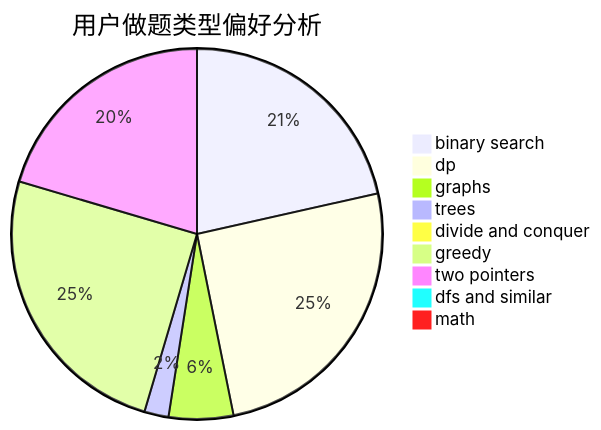
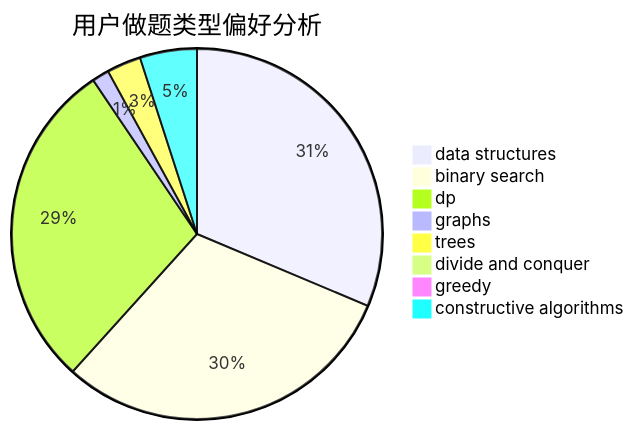
One commit to sherpahu/cfrs.github.io changed the second of 3 diagrams in docs/user/u507.md. Above: the diagram before and after it, drawn with Mermaid. The commit also changed other lines of this file and 2775 other files, not shown here.

````diff
--- a/docs/user/u507.md
+++ b/docs/user/u507.md
@@ -23,12 +23,11 @@
 ```mermaid
 pie title 用户做题类型偏好分析
+    "data structures" :  63
     "binary search" :  61
-    "dp" :  72
-    "graphs" :  16
+    "dp" :  58
+    "graphs" :  3
     "trees" :  6
     "divide and conquer" :  0
-    "greedy" :  71
-    "two pointers" :  58
-    "dfs and similar" :  2
-    "math" :  2
+    "greedy" :  0
+    "constructive algorithms" :  10
 ```
````
